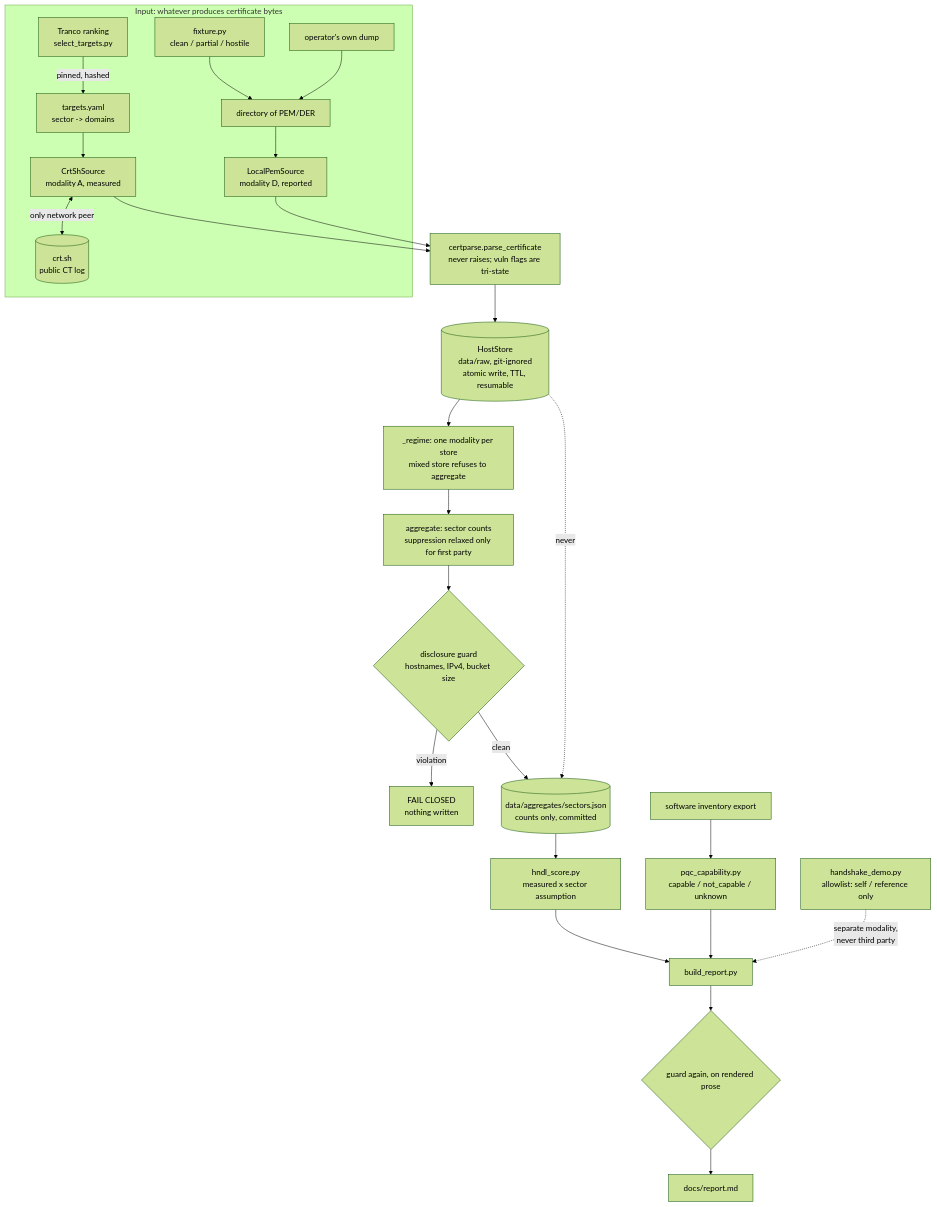
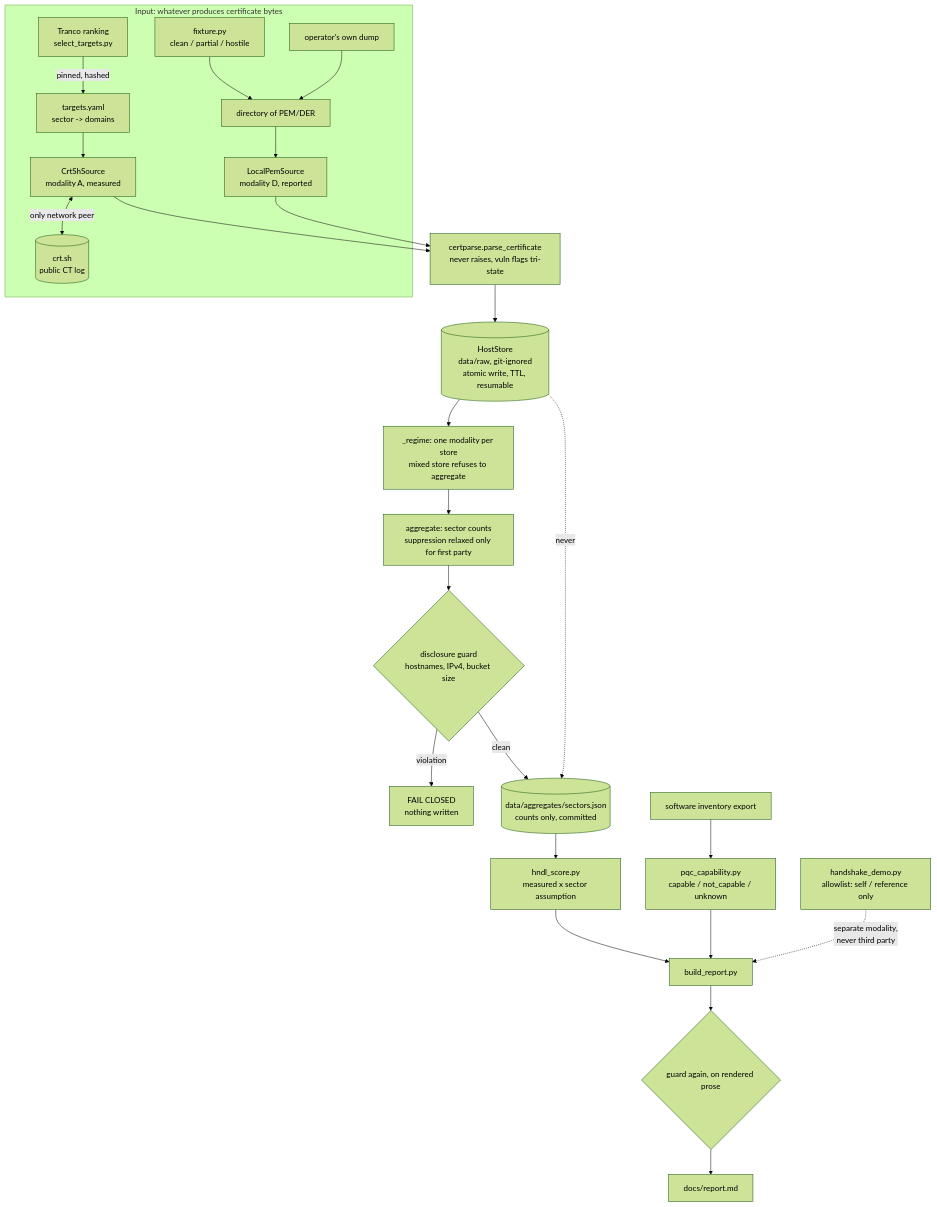
One commit to jerzy99jerzy/pqc-crypto-agility-assessment changed the diagram in docs/ARCHITECTURE.md. Above: the diagram before and after it, drawn with Mermaid (forest theme). The commit also changed 4 other files, not shown here.

Commit message:
fix: mermaid diagrams failed to parse; semicolon separates statements

````diff
--- a/docs/ARCHITECTURE.md
+++ b/docs/ARCHITECTURE.md
@@ -20,33 +20,33 @@
 ```mermaid
 flowchart TD
     subgraph IN["Input: whatever produces certificate bytes"]
         RANK["Tranco ranking<br/>select_targets.py"] -->|"pinned, hashed"| TGT["targets.yaml<br/>sector -> domains"]
         TGT --> CTS["CrtShSource<br/>modality A, measured"]
         CTS <-->|"only network peer"| CT[("crt.sh<br/>public CT log")]
         FIX["fixture.py<br/>clean / partial / hostile"] --> DIR["directory of PEM/DER"]
         OWN["operator's own dump"] --> DIR
         DIR --> PEM["LocalPemSource<br/>modality D, reported"]
     end
 
     CTS --> PARSE
-    PEM --> PARSE["certparse.parse_certificate<br/>never raises; vuln flags are tri-state"]
+    PEM --> PARSE["certparse.parse_certificate<br/>never raises, vuln flags tri-state"]
 
     PARSE --> STORE[("HostStore<br/>data/raw, git-ignored<br/>atomic write, TTL, resumable")]
 
     STORE --> REG["_regime: one modality per store<br/>mixed store refuses to aggregate"]
     REG --> AGG["aggregate: sector counts<br/>suppression relaxed only for first party"]
 
     AGG --> GUARD{"disclosure guard<br/>hostnames, IPv4, bucket size"}
     GUARD -->|"violation"| STOP["FAIL CLOSED<br/>nothing written"]
     GUARD -->|"clean"| OUT[("data/aggregates/sectors.json<br/>counts only, committed")]
 
     OUT --> SCORE["hndl_score.py<br/>measured x sector assumption"]
     INV["software inventory export"] --> CAP["pqc_capability.py<br/>capable / not_capable / unknown"]
     SCORE --> REP["build_report.py"]
     CAP --> REP
     REP --> GUARD2{"guard again, on rendered prose"}
     GUARD2 --> DOC["docs/report.md"]
 
     STORE -.->|"never"| OUT
     ACT["handshake_demo.py<br/>allowlist: self / reference only"] -.->|"separate modality,<br/>never third party"| REP
 ```
````
